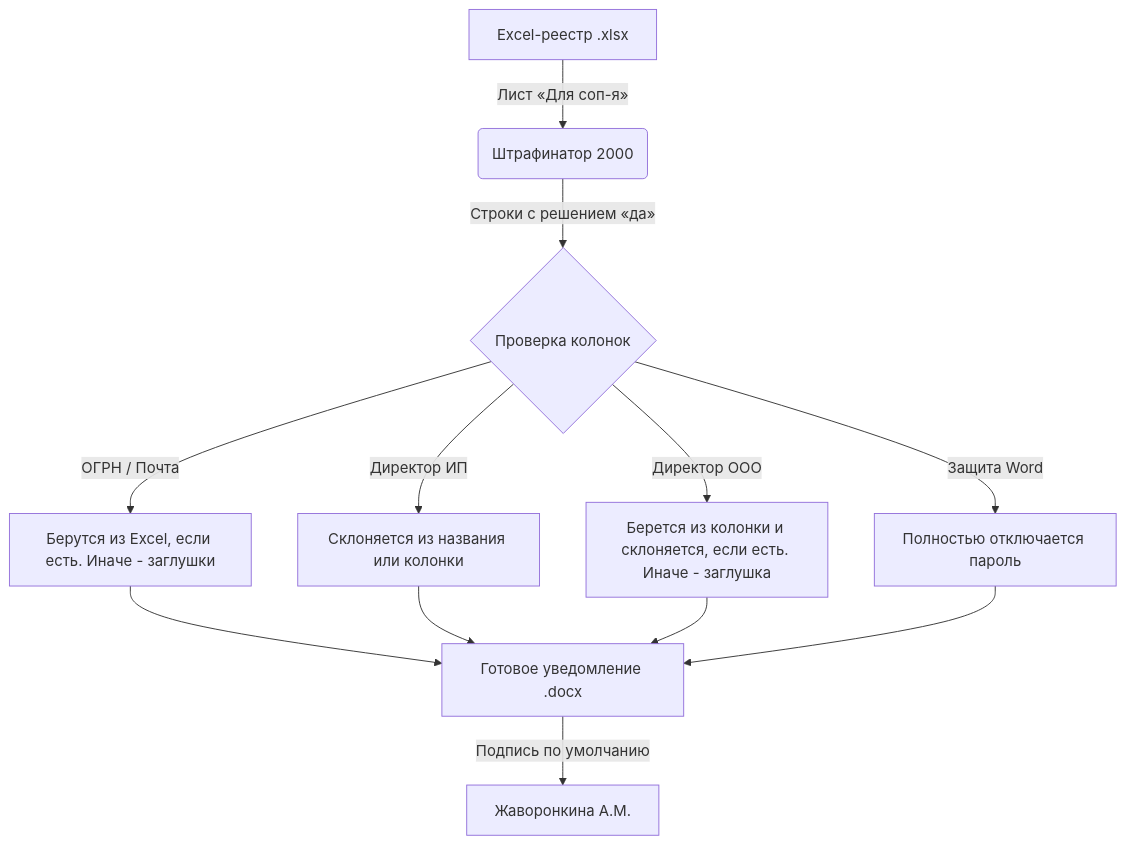
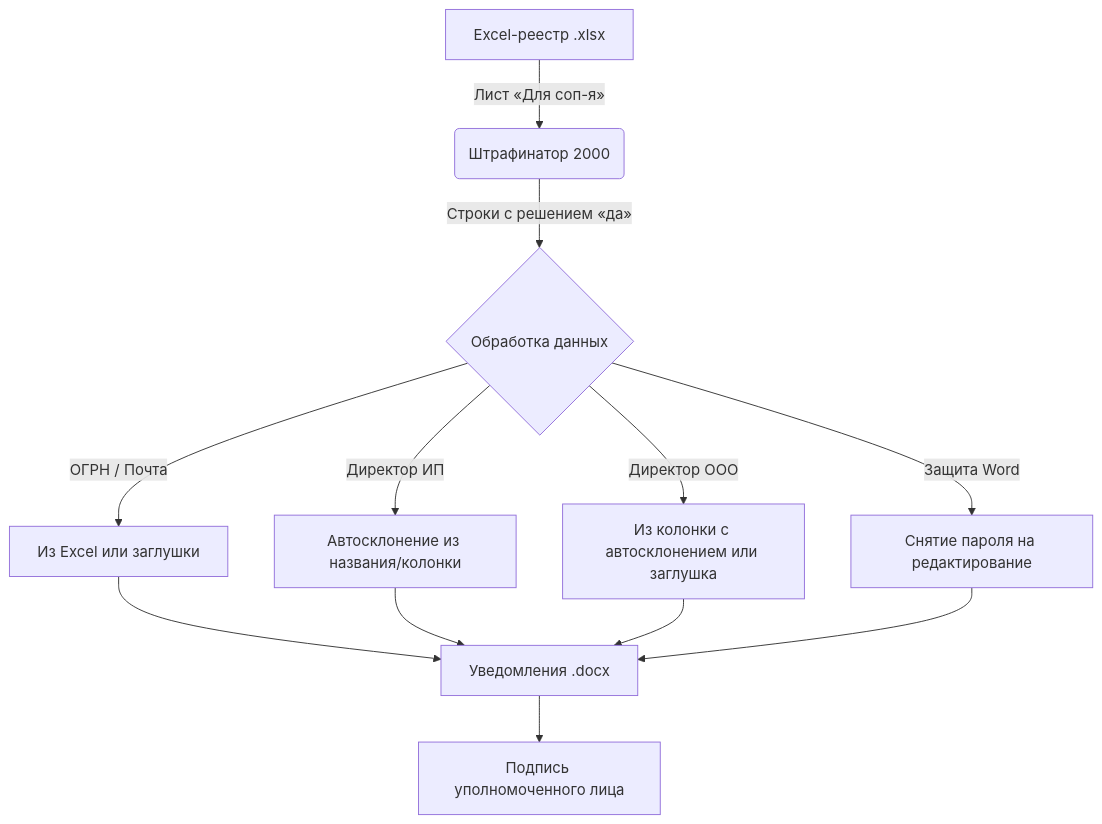
The diagram in README.md (ilodezis/shtrafinator2000), drawn with Mermaid before and after one commit. The commit also changed other lines of this file, not shown here.

Commit message:
Doc: упростил README.md, убрал лишнее форматирование и имя подписанта из схемы

````diff
--- a/README.md
+++ b/README.md
@@ -9,14 +7,14 @@
 ```mermaid
 graph TD
     A[Excel-реестр .xlsx] -->|Лист «Для соп-я»| B(Штрафинатор 2000)
-    B -->|Строки с решением «да»| C{Проверка колонок}
-    C -->|ОГРН / Почта| D[Берутся из Excel, если есть. Иначе - заглушки]
-    C -->|Директор ИП| E[Склоняется из названия или колонки]
-    C -->|Директор ООО| F[Берется из колонки и склоняется, если есть. Иначе - заглушка]
-    C -->|Защита Word| G[Полностью отключается пароль]
-    D --> H[Готовое уведомление .docx]
+    B -->|Строки с решением «да»| C{Обработка данных}
+    C -->|ОГРН / Почта| D[Из Excel или заглушки]
+    C -->|Директор ИП| E[Автосклонение из названия/колонки]
+    C -->|Директор ООО| F[Из колонки с автосклонением или заглушка]
+    C -->|Защита Word| G[Снятие пароля на редактирование]
+    D --> H[Уведомления .docx]
     E --> H
     F --> H
     G --> H
-    H -->|Подпись по умолчанию| I[Жаворонкина А.М.]
+    H --> I[Подпись уполномоченного лица]
 ```
````
